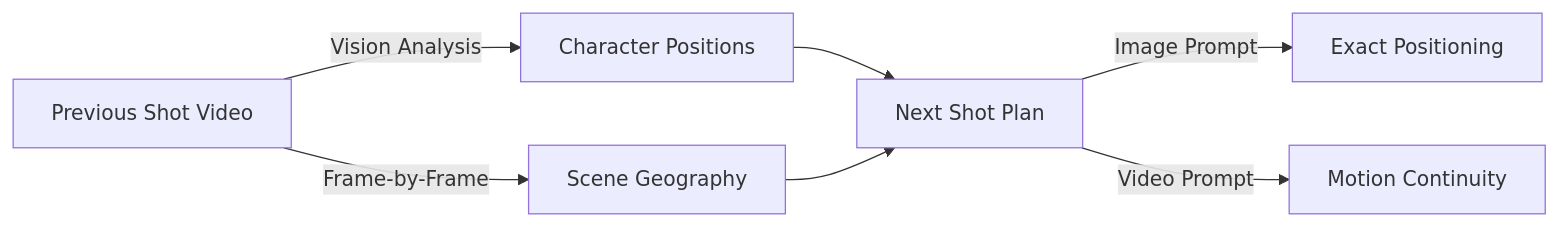
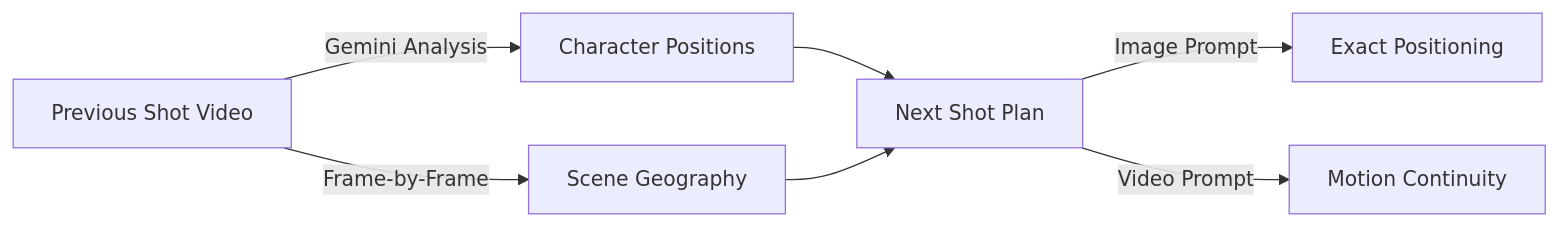
The second of 2 diagrams in README.md (skolmuirgheasa/openfilmai), drawn with Mermaid before and after one commit. The commit also changed other lines of this file, not shown here.

Commit message:
Restore quality LCT analysis, playable video at 480px, three-image header

````diff
--- a/README.md
+++ b/README.md
@@ -233,9 +172,9 @@
 ```mermaid
 graph LR
-    A[Previous Shot Video] -->|Vision Analysis| B[Character Positions]
+    A[Previous Shot Video] -->|Gemini Analysis| B[Character Positions]
     A -->|Frame-by-Frame| C[Scene Geography]
     B --> D[Next Shot Plan]
     C --> D
     D -->|Image Prompt| E[Exact Positioning]
     D -->|Video Prompt| F[Motion Continuity]
 ```
````
